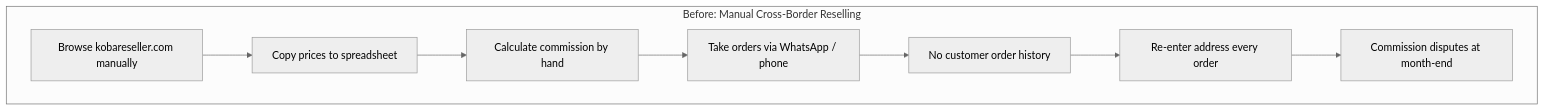
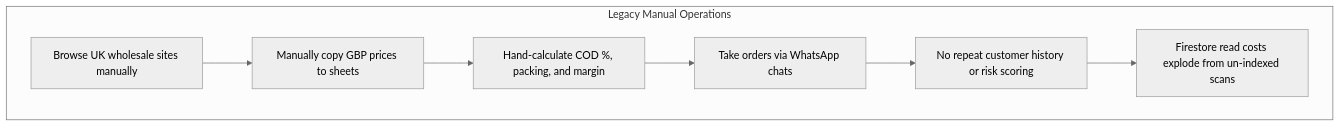
The second of 5 diagrams in src/content/projects/13-kbeauty-dropship.md (marceldavidbaroi/portfolio-astro), drawn with Mermaid (neutral theme) before and after one commit. The commit also changed other lines of this file and 59 other files, not shown here.

````diff
--- a/src/content/projects/13-kbeauty-dropship.md
+++ b/src/content/projects/13-kbeauty-dropship.md
@@ -144,11 +181,10 @@
 ```mermaid
 flowchart TD
-    subgraph Before ["Before: Manual Cross-Border Reselling"]
-        A["Browse kobareseller.com manually"] --> B["Copy prices to spreadsheet"]
-        B --> C["Calculate commission by hand"]
-        C --> D["Take orders via WhatsApp / phone"]
-        D --> E["No customer order history"]
-        E --> F["Re-enter address every order"]
-        F --> G["Commission disputes at month-end"]
+    subgraph Legacy ["Legacy Manual Operations"]
+        A["Browse UK wholesale sites manually"] --> B["Manually copy GBP prices to sheets"]
+        B --> C["Hand-calculate COD %, packing, and margin"]
+        C --> D["Take orders via WhatsApp chats"]
+        D --> E["No repeat customer history or risk scoring"]
+        E --> F["Firestore read costs explode from un-indexed scans"]
     end
 ```
````
